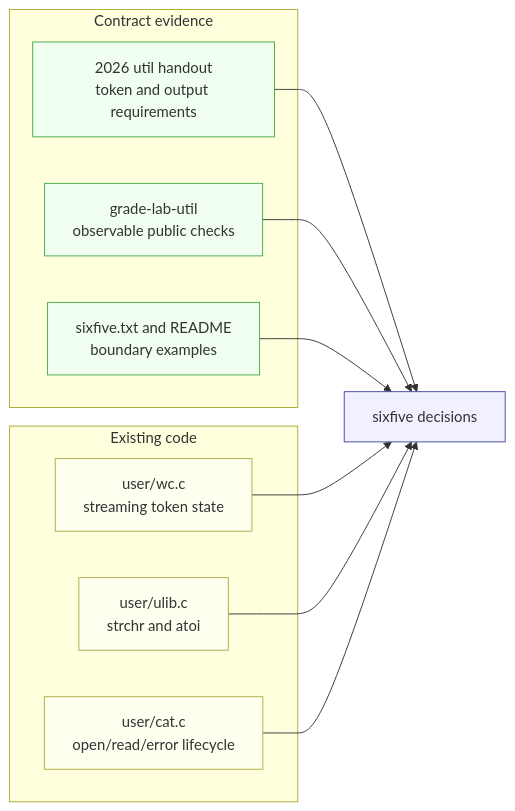
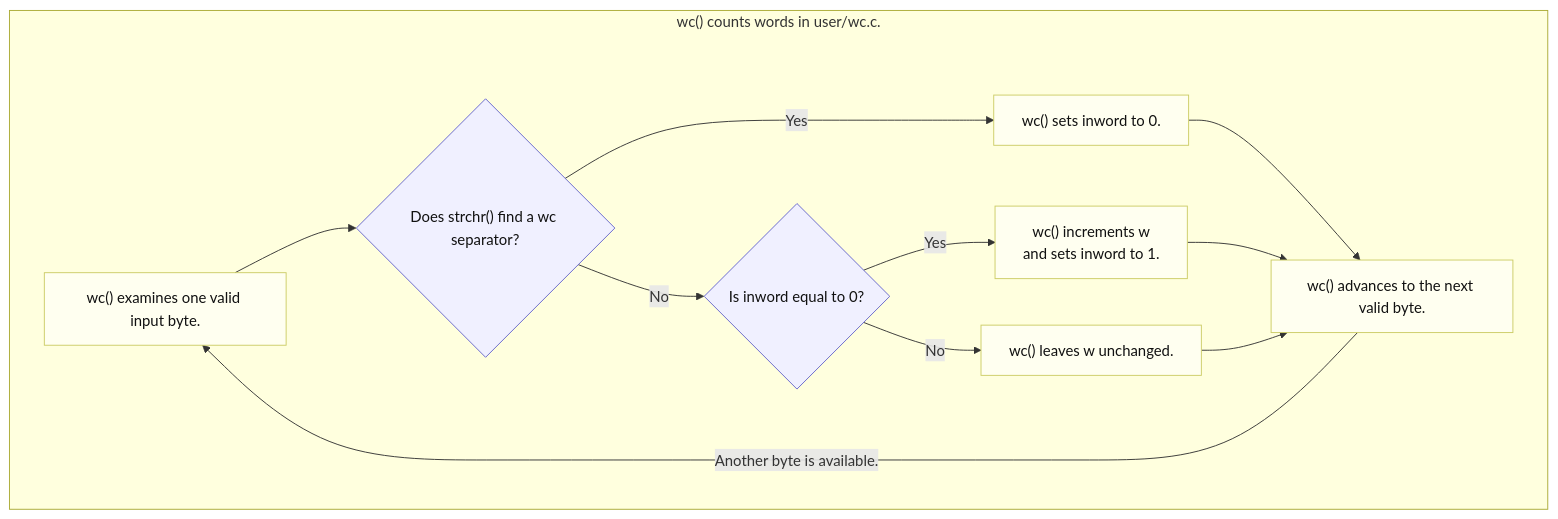
One commit to cv47522/xv6-riscv changed the diagram in docs/labs/02-util-sixfive.md. Above: the diagram before and after it, drawn with Mermaid. The commit also changed other lines of this file and 1 other file, not shown here.

First line of the commit message:
fix(sixfive): handle overflow and input failures

````diff
--- a/docs/labs/02-util-sixfive.md
+++ b/docs/labs/02-util-sixfive.md
@@ -88,28 +162,18 @@
 ```mermaid
-flowchart LR
-    subgraph evidence["Contract evidence"]
-        H["2026 util handout<br/>token and output requirements"]
-        G["grade-lab-util<br/>observable public checks"]
-        F["sixfive.txt and README<br/>boundary examples"]
+flowchart TD
+    subgraph W["wc() counts words in user/wc.c."]
+        A["wc() examines one valid input byte."] --> B{"Does strchr() find a wc separator?"}
+        B -->|Yes| C["wc() sets inword to 0."]
+        B -->|No| D{"Is inword equal to 0?"}
+        D -->|Yes| E["wc() increments w<br/>and sets inword to 1."]
+        D -->|No| F["wc() leaves w unchanged."]
+        C --> G["wc() advances to the next valid byte."]
+        E --> G
+        F --> G
+        G -->|"Another byte is available."| A
     end
-
-    subgraph existing["Existing code"]
-        W["user/wc.c<br/>streaming token state"]
-        U["user/ulib.c<br/>strchr and atoi"]
-        C["user/cat.c<br/>open/read/error lifecycle"]
-    end
-
-    H --> D["sixfive decisions"]
-    G --> D
-    F --> D
-    W --> D
-    U --> D
-    C --> D
-
-    classDef data fill:#f0fff0,stroke:#4a4
-    classDef processing fill:#fffff0,stroke:#aa4
-    classDef decision fill:#f0f0ff,stroke:#44a
-    class H,G,F data
-    class W,U,C processing
-    class D decision
+    classDef routing fill:#f0f0ff,stroke:#66c,color:#111
+    classDef processing fill:#fffff0,stroke:#cc6,color:#111
+    class A,C,E,F,G processing
+    class B,D routing
 ```
````
